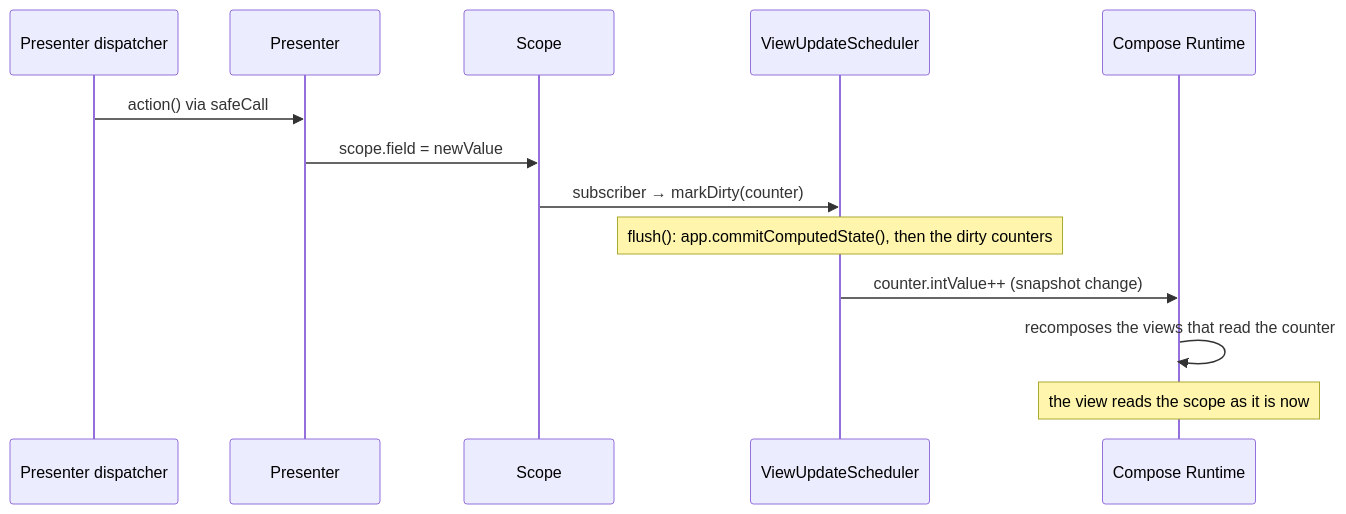
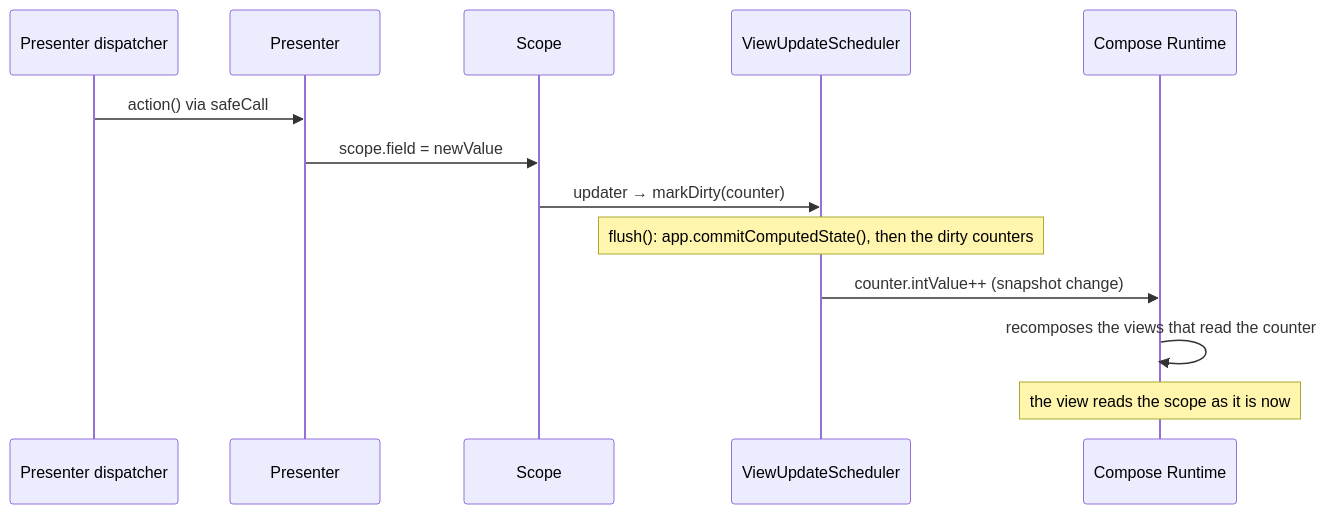
One commit to mrcdom/wdc-cube-kotlin changed the second of 9 diagrams in docs/architecture-cube-compose.md. Above: the diagram before and after it, drawn with Mermaid. The commit also changed other lines of this file and 11 other files, not shown here.

````diff
--- a/docs/architecture-cube-compose.md
+++ b/docs/architecture-cube-compose.md
@@ -89,16 +88,16 @@
 ```mermaid
 sequenceDiagram
     participant BG as Presenter dispatcher
     participant P as Presenter
     participant S as Scope
     participant SCH as ViewUpdateScheduler
     participant C as Compose Runtime
 
     BG->>P: action() via safeCall
     P->>S: scope.field = newValue
-    S->>SCH: subscriber → markDirty(counter)
+    S->>SCH: updater → markDirty(counter)
     Note over SCH: flush(): app.commitComputedState(), then the dirty counters
     SCH->>C: counter.intValue++ (snapshot change)
     C->>C: recomposes the views that read the counter
     Note over C: the view reads the scope as it is now
 ```
````
